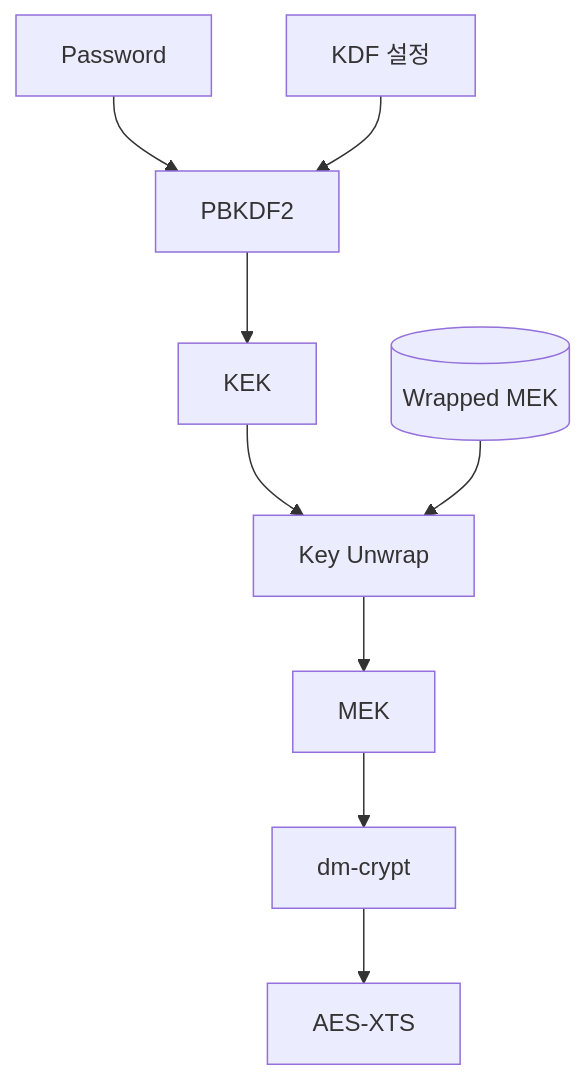
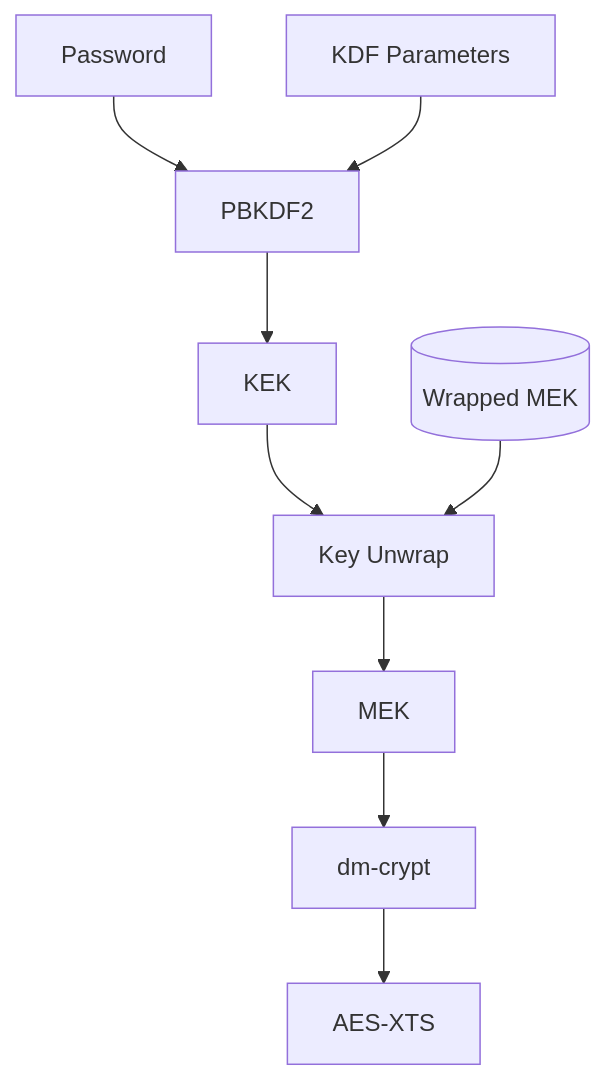
One commit to twotwoship/Assignment_Collection changed the third of 4 diagrams in fpga_base_secure_storage_controller_datapath_proto/README.md. Above: the diagram before and after it, drawn with Mermaid. The commit also changed other lines of this file and 17 other files, not shown here.

````diff
--- a/fpga_base_secure_storage_controller_datapath_proto/README.md
+++ b/fpga_base_secure_storage_controller_datapath_proto/README.md
@@ -313,18 +316,18 @@
 ```mermaid
 flowchart TB
     PASS["Password"]
-    PARAM["KDF 설정"]
+    PARAM["KDF Parameters"]
     KDF["PBKDF2"]
     KEK["KEK"]
     WRAPPED[("Wrapped MEK")]
     UNWRAP["Key Unwrap"]
     MEK["MEK"]
     DM["dm-crypt"]
     FPGA["AES-XTS"]
     PASS --> KDF
     PARAM --> KDF
     KDF --> KEK
     KEK --> UNWRAP
     WRAPPED --> UNWRAP
     UNWRAP --> MEK --> DM --> FPGA
 ```
````
